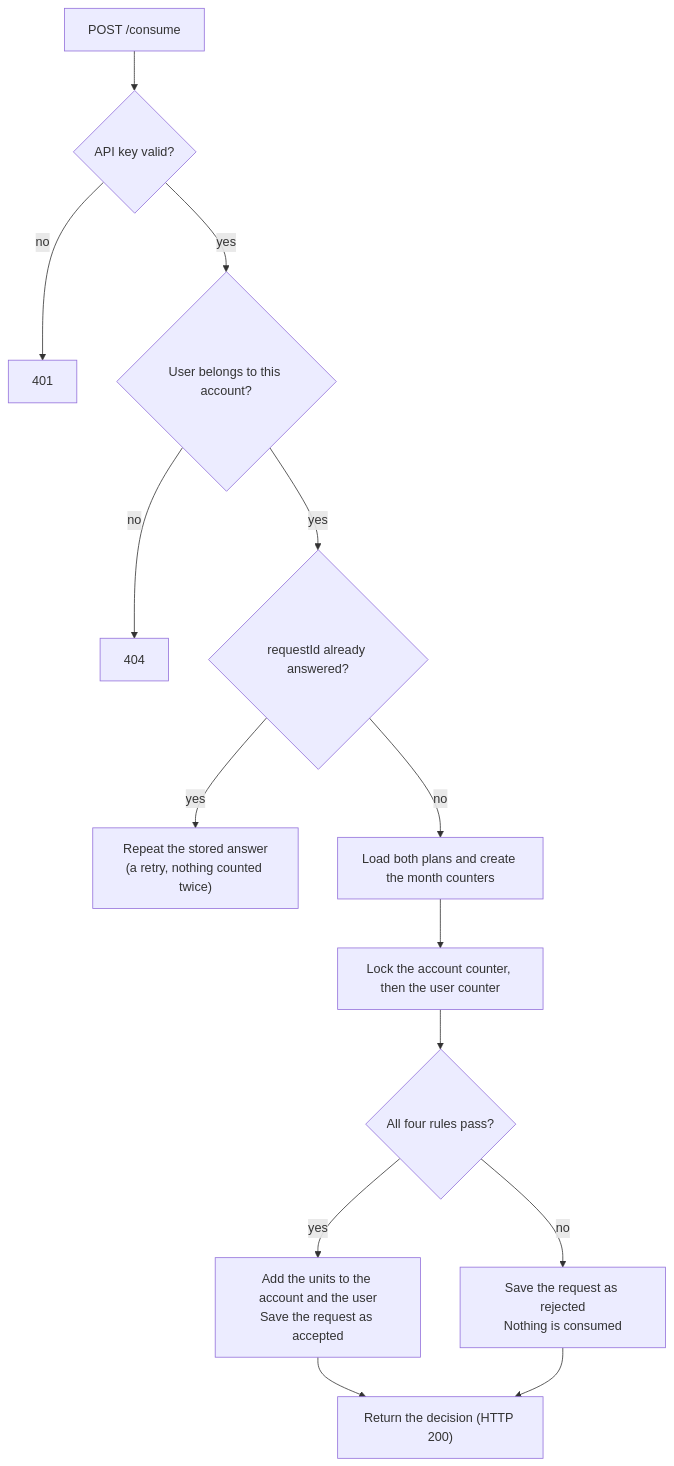
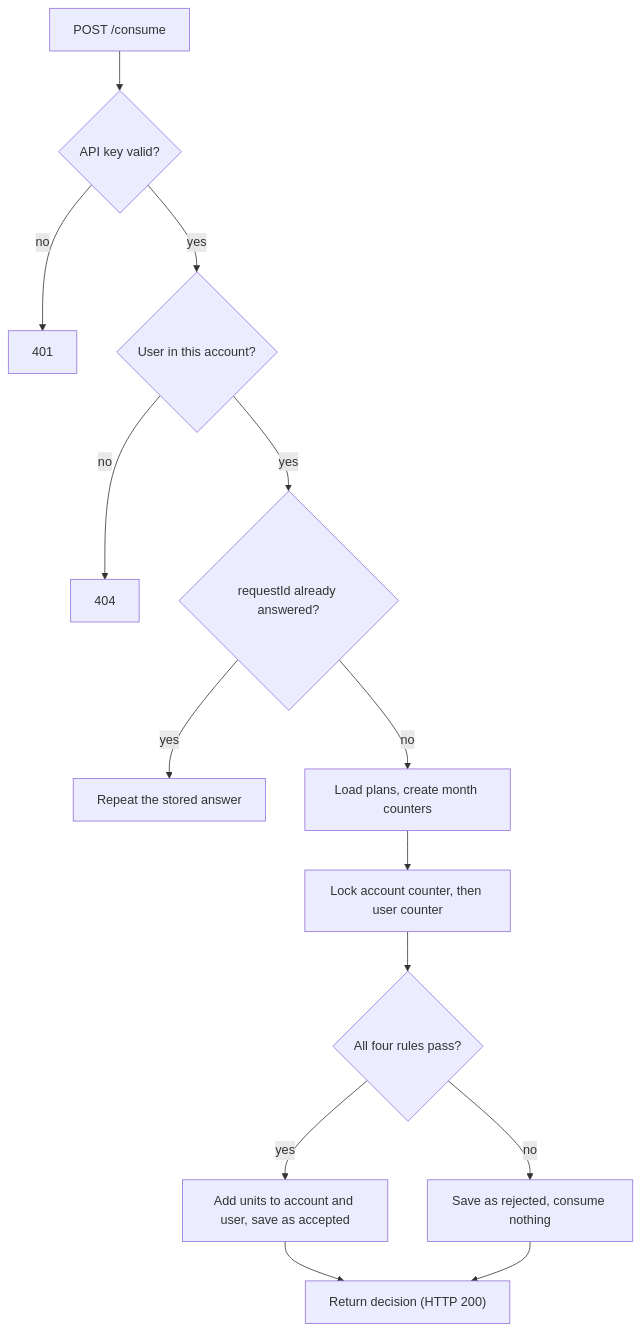
Before and after one commit to talashilleh/usage-metering-service: the second of 2 diagrams in README.md, drawn with Mermaid. The commit also changed other lines of this file and 2 other files, not shown here.

````diff
--- a/README.md
+++ b/README.md
@@ -262,16 +119,16 @@
 ```mermaid
 flowchart TD
   A["POST /consume"] --> B{"API key valid?"}
   B -- no --> B1["401"]
-  B -- yes --> C{"User belongs to this account?"}
+  B -- yes --> C{"User in this account?"}
   C -- no --> C1["404"]
   C -- yes --> D{"requestId already answered?"}
-  D -- yes --> D1["Repeat the stored answer<br/>(a retry, nothing counted twice)"]
-  D -- no --> E["Load both plans and create the month counters"]
-  E --> F["Lock the account counter, then the user counter"]
+  D -- yes --> D1["Repeat the stored answer"]
+  D -- no --> E["Load plans, create month counters"]
+  E --> F["Lock account counter, then user counter"]
   F --> G{"All four rules pass?"}
-  G -- yes --> H["Add the units to the account and the user<br/>Save the request as accepted"]
-  G -- no --> I["Save the request as rejected<br/>Nothing is consumed"]
-  H --> J["Return the decision (HTTP 200)"]
+  G -- yes --> H["Add units to account and user, save as accepted"]
+  G -- no --> I["Save as rejected, consume nothing"]
+  H --> J["Return decision (HTTP 200)"]
   I --> J
 ```
````
